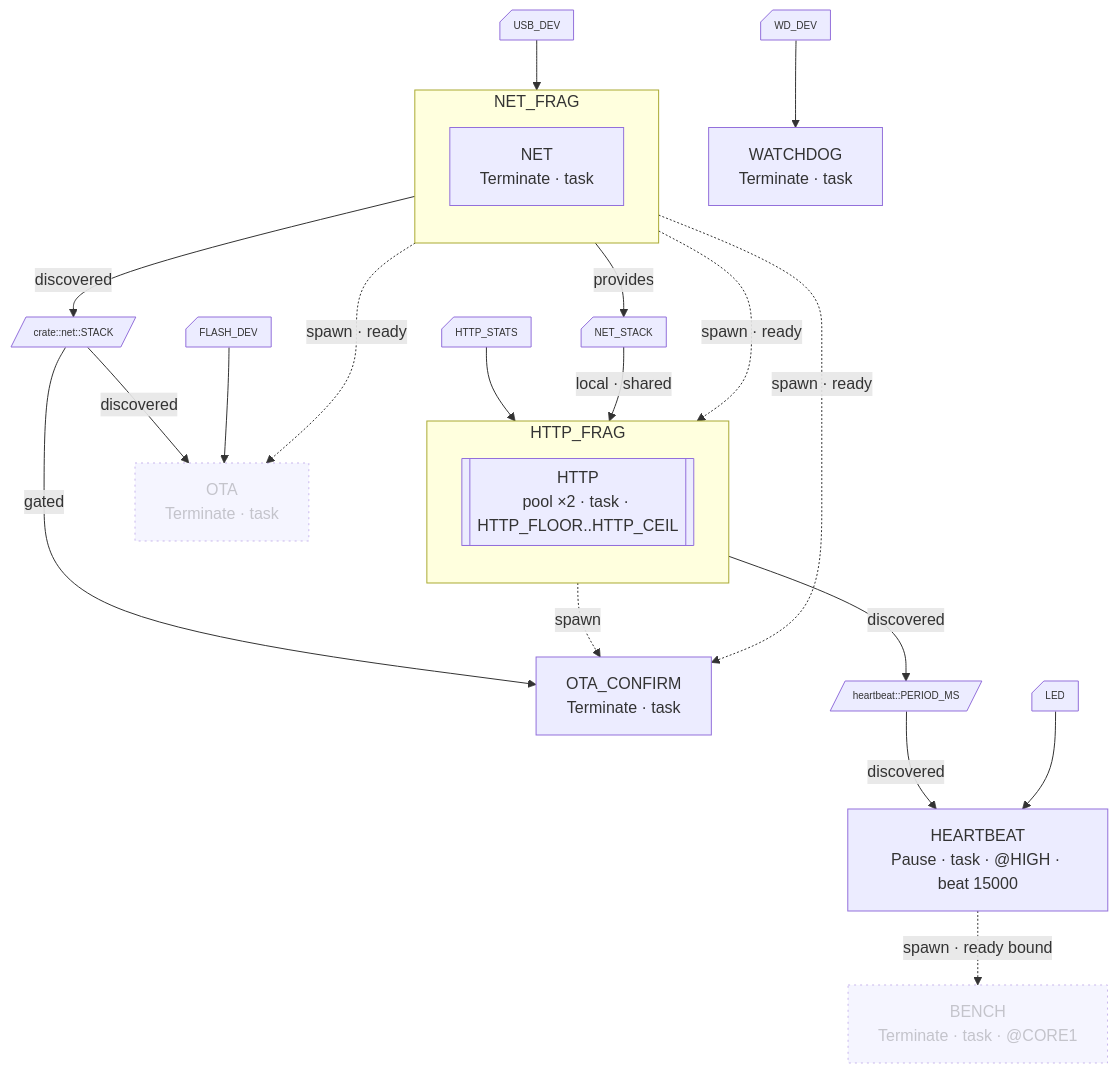
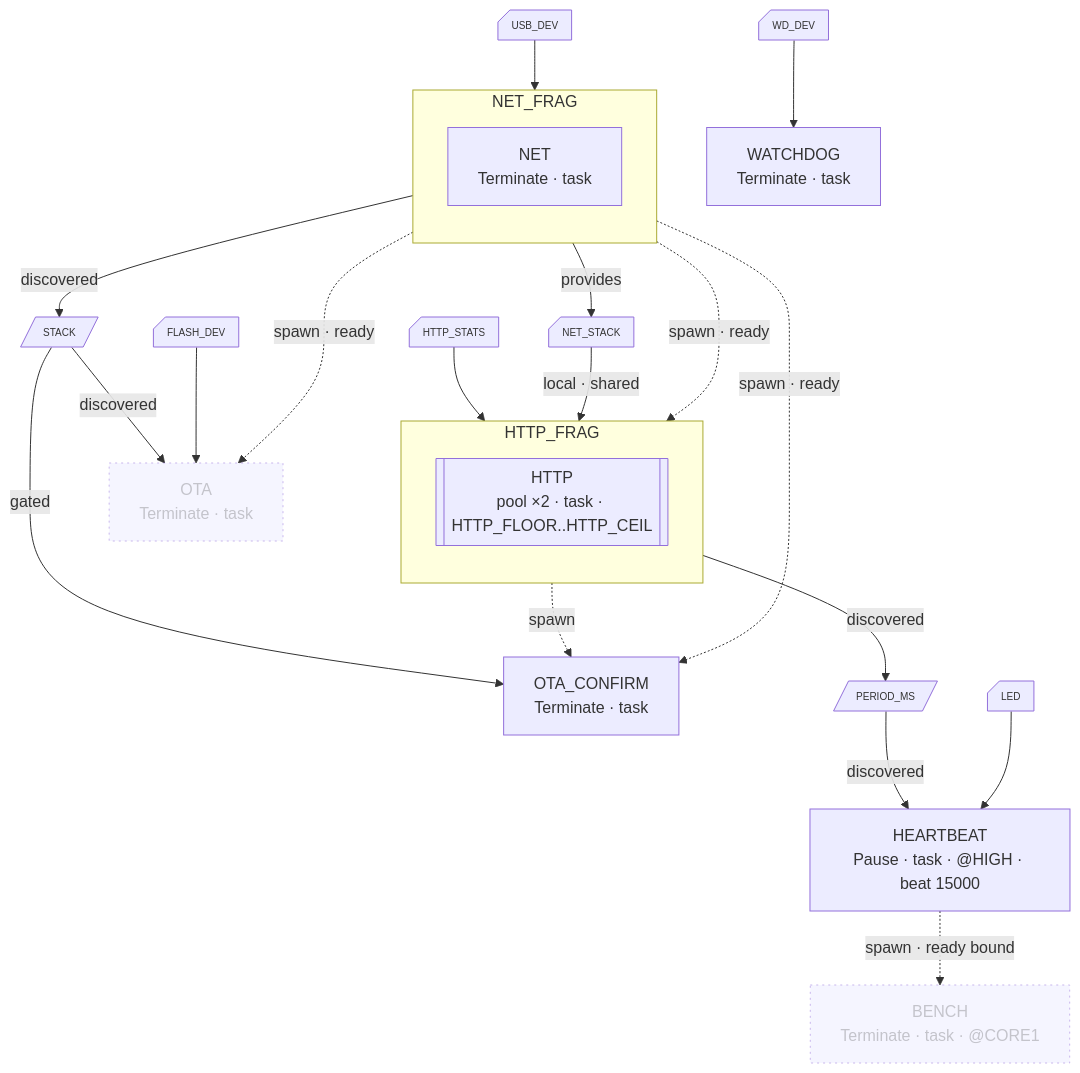
Before and after one commit to cedrivard/embassy-supervisor: the diagram in firmware/README.md, drawn with Mermaid. The commit also changed other lines of this file and 41 other files, not shown here.

First line of the commit message:
embassy-supervisor 0.10.0

````diff
--- a/firmware/README.md
+++ b/firmware/README.md
@@ -20,55 +20,55 @@
 ```mermaid
-%% runtime coupling — compose_graph!  (/home/cedric/DEV/embassy-supervisor-cc/firmware/src/main.rs:19)
+%% runtime coupling — compose_graph!  (/home/cedric/DEV/embassy-supervisor/firmware/src/main.rs:19)
 flowchart TD
-  accDescr: supervisor task graph declared at /home/cedric/DEV/embassy-supervisor-cc/firmware/src/main.rs:19
+  accDescr: supervisor task graph declared at firmware/src/main.rs:19
   subgraph f_NET_FRAG["NET_FRAG"]
     direction TD
     n_NET["NET<br/>Terminate · task"]
   end
   subgraph f_HTTP_FRAG["HTTP_FRAG"]
     direction TD
     n_HTTP[["HTTP<br/>pool ×2 · task · HTTP_FLOOR..HTTP_CEIL"]]
   end
   n_WATCHDOG["WATCHDOG<br/>Terminate · task"]
   n_HEARTBEAT["HEARTBEAT<br/>Pause · task · @HIGH · beat 15000"]
   n_OTA["OTA<br/>Terminate · task"]
   n_BENCH["BENCH<br/>Terminate · task · @CORE1"]
   n_OTA_CONFIRM["OTA_CONFIRM<br/>Terminate · task"]
 
   n_NET -. "spawn · ready" .-> n_HTTP
   n_NET -. "spawn · ready" .-> n_OTA
   n_HEARTBEAT -. "spawn · ready bound" .-> n_BENCH
   n_HTTP -. "spawn" .-> n_OTA_CONFIRM
   n_NET -. "spawn · ready" .-> n_OTA_CONFIRM
 
-  s_crate__net__STACK[/"crate::net::STACK"/]
+  s_crate__net__STACK[/"STACK"/]
   n_NET -- "discovered" --> s_crate__net__STACK
-  s_heartbeat__PERIOD_MS[/"heartbeat::PERIOD_MS"/]
+  s_heartbeat__PERIOD_MS[/"PERIOD_MS"/]
   n_HTTP -- "discovered" --> s_heartbeat__PERIOD_MS
   s_crate__net__STACK -- "discovered" --> n_OTA
   s_crate__net__STACK -- "gated" --> n_OTA_CONFIRM
   s_heartbeat__PERIOD_MS -- "discovered" --> n_HEARTBEAT
   class s_crate__net__STACK,s_heartbeat__PERIOD_MS signal;
 
   r_USB_DEV@{ shape: notch-rect, label: "USB_DEV" }
   r_HTTP_STATS@{ shape: notch-rect, label: "HTTP_STATS" }
   r_NET_STACK@{ shape: notch-rect, label: "NET_STACK" }
   r_WD_DEV@{ shape: notch-rect, label: "WD_DEV" }
   r_LED@{ shape: notch-rect, label: "LED" }
   r_FLASH_DEV@{ shape: notch-rect, label: "FLASH_DEV" }
   r_USB_DEV --> n_NET
   r_HTTP_STATS --> n_HTTP
   r_NET_STACK -- "local · shared" --> n_HTTP
   r_WD_DEV --> n_WATCHDOG
   r_LED --> n_HEARTBEAT
   r_FLASH_DEV --> n_OTA
   n_NET -- "provides" --> r_NET_STACK
   class r_USB_DEV,r_HTTP_STATS,r_NET_STACK,r_WD_DEV,r_LED,r_FLASH_DEV resource;
 
   class n_OTA,n_BENCH disabled;
   classDef parked stroke-dasharray:4 3;
   classDef disabled stroke-dasharray:2 4,opacity:0.5;
   classDef external stroke-dasharray:3 3,opacity:0.7;
   classDef signal stroke-width:1px,font-size:10px;
   classDef resource stroke-width:1px,stroke-dasharray:0,font-size:10px;
 ```
````
